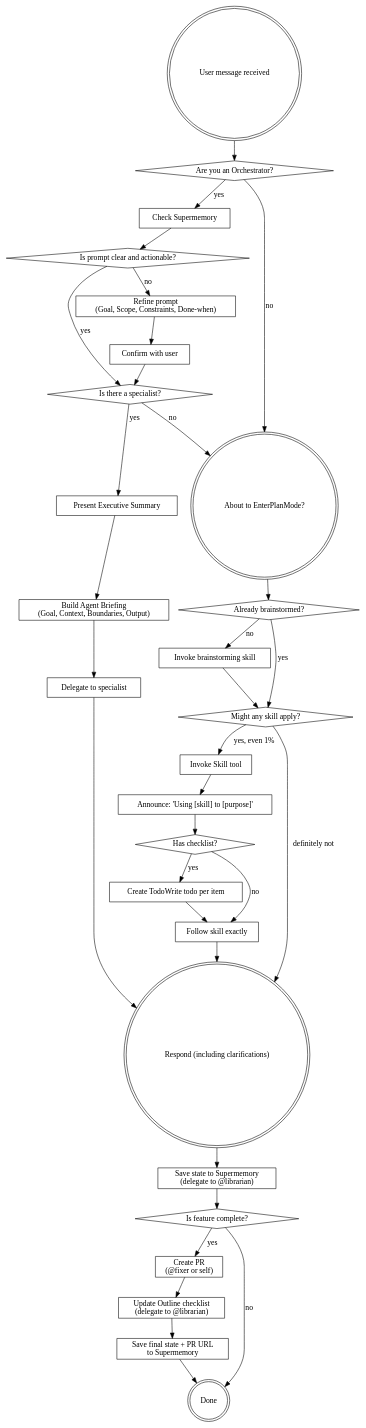
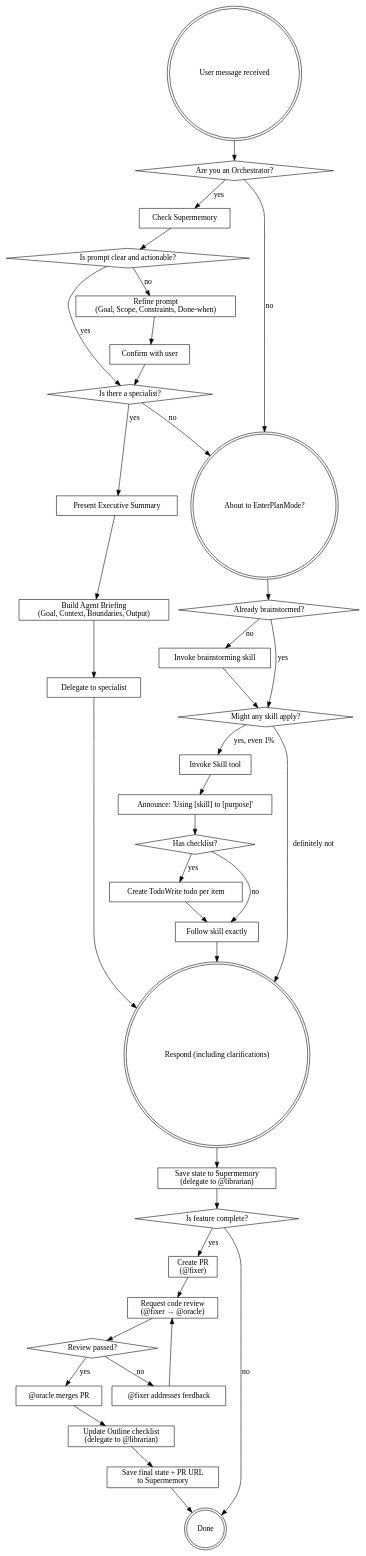
The diagram in skills/using-superpowers/SKILL.md (helmiatwork/superpowers), drawn with Graphviz before and after one commit. The commit also changed other lines of this file, not shown here.

```diff
--- a/skills/using-superpowers/SKILL.md
+++ b/skills/using-superpowers/SKILL.md
@@ -274,7 +285,11 @@
     "Respond (including clarifications)" [shape=doublecircle];
     "Save state to Supermemory\n(delegate to @librarian)" [shape=box];
     "Is feature complete?" [shape=diamond];
-    "Create PR\n(@fixer or self)" [shape=box];
+    "Create PR\n(@fixer)" [shape=box];
+    "Request code review\n(@fixer → @oracle)" [shape=box];
+    "Review passed?" [shape=diamond];
+    "@oracle merges PR" [shape=box];
+    "@fixer addresses feedback" [shape=box];
     "Update Outline checklist\n(delegate to @librarian)" [shape=box];
     "Save final state + PR URL\nto Supermemory" [shape=box];
     "Done" [shape=doublecircle];
@@ -320,9 +335,14 @@
     // State persistence on completion
     "Respond (including clarifications)" -> "Save state to Supermemory\n(delegate to @librarian)";
     "Save state to Supermemory\n(delegate to @librarian)" -> "Is feature complete?";
-    "Is feature complete?" -> "Create PR\n(@fixer or self)" [label="yes"];
+    "Is feature complete?" -> "Create PR\n(@fixer)" [label="yes"];
     "Is feature complete?" -> "Done" [label="no"];
-    "Create PR\n(@fixer or self)" -> "Update Outline checklist\n(delegate to @librarian)";
+    "Create PR\n(@fixer)" -> "Request code review\n(@fixer → @oracle)";
+    "Request code review\n(@fixer → @oracle)" -> "Review passed?";
+    "Review passed?" -> "@oracle merges PR" [label="yes"];
+    "Review passed?" -> "@fixer addresses feedback" [label="no"];
+    "@fixer addresses feedback" -> "Request code review\n(@fixer → @oracle)";
+    "@oracle merges PR" -> "Update Outline checklist\n(delegate to @librarian)";
     "Update Outline checklist\n(delegate to @librarian)" -> "Save final state + PR URL\nto Supermemory";
     "Save final state + PR URL\nto Supermemory" -> "Done";
 }
```
